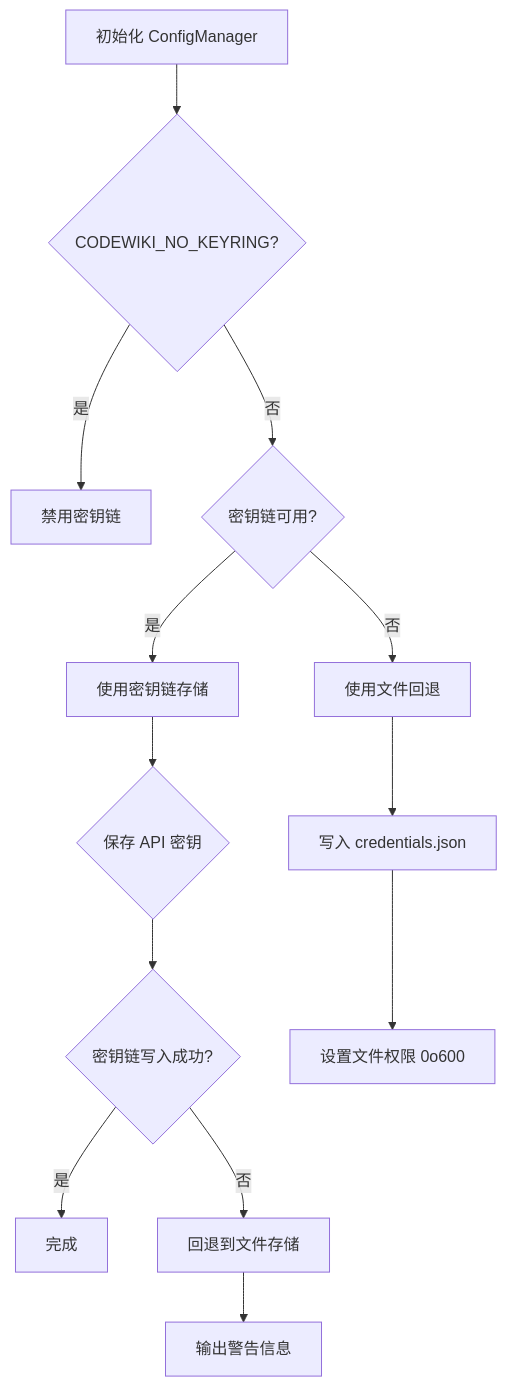
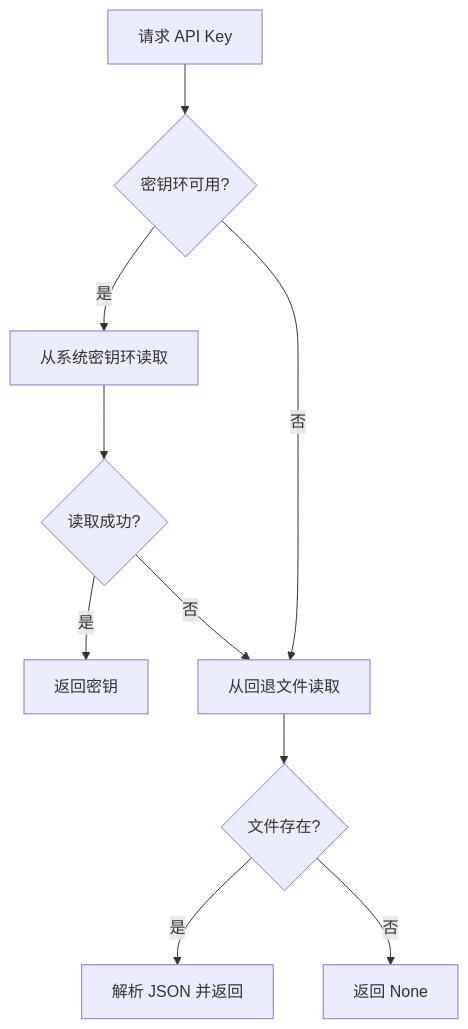
One commit to mambo-wang/CodeWiki-CN changed the third of 5 diagrams in repowiki/CLI 配置与模型.md. Above: the diagram before and after it, drawn with Mermaid. The commit also changed other lines of this file and 19 other files, not shown here.

````diff
--- a/repowiki/CLI 配置与模型.md
+++ b/repowiki/CLI 配置与模型.md
@@ -112,15 +396,12 @@
 ```mermaid
 graph TD
-    A[初始化 ConfigManager] --> B{CODEWIKI_NO_KEYRING?}
-    B -->|是| C[禁用密钥链]
-    B -->|否| D{密钥链可用?}
-    D -->|是| E[使用密钥链存储]
-    D -->|否| F[使用文件回退]
-    E --> G{保存 API 密钥}
-    G --> H{密钥链写入成功?}
-    H -->|是| I[完成]
-    H -->|否| J[回退到文件存储]
-    J --> K[输出警告信息]
-    F --> L[写入 credentials.json]
-    L --> M[设置文件权限 0o600]
+    A[请求 API Key] --> B{密钥环可用?}
+    B -->|是| C[从系统密钥环读取]
+    C --> D{读取成功?}
+    D -->|是| E[返回密钥]
+    D -->|否| F[从回退文件读取]
+    B -->|否| F
+    F --> G{文件存在?}
+    G -->|是| H[解析 JSON 并返回]
+    G -->|否| I[返回 None]
 ```
````
